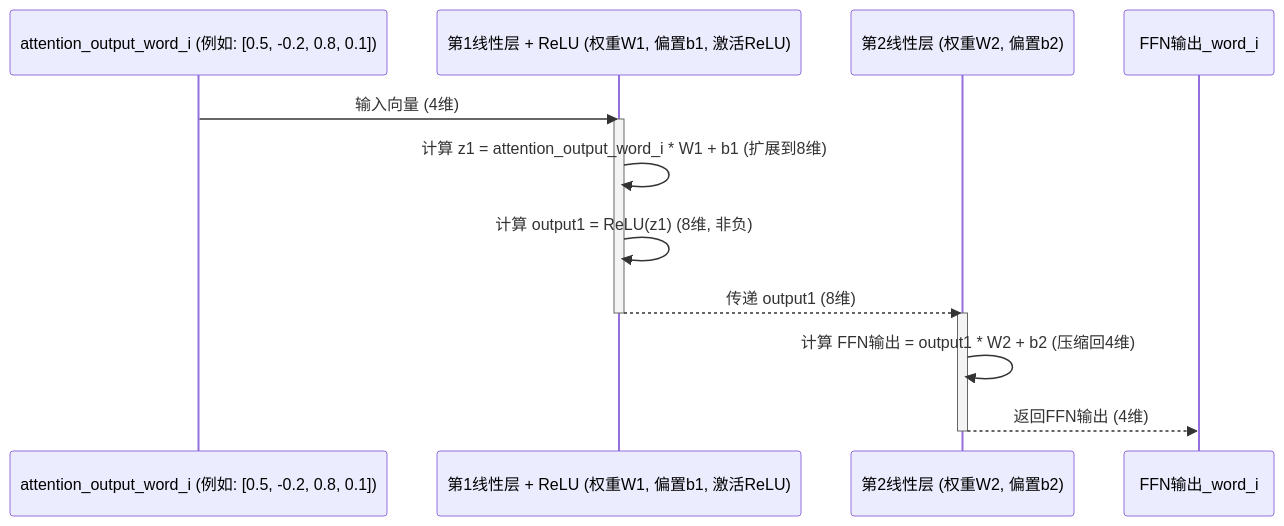
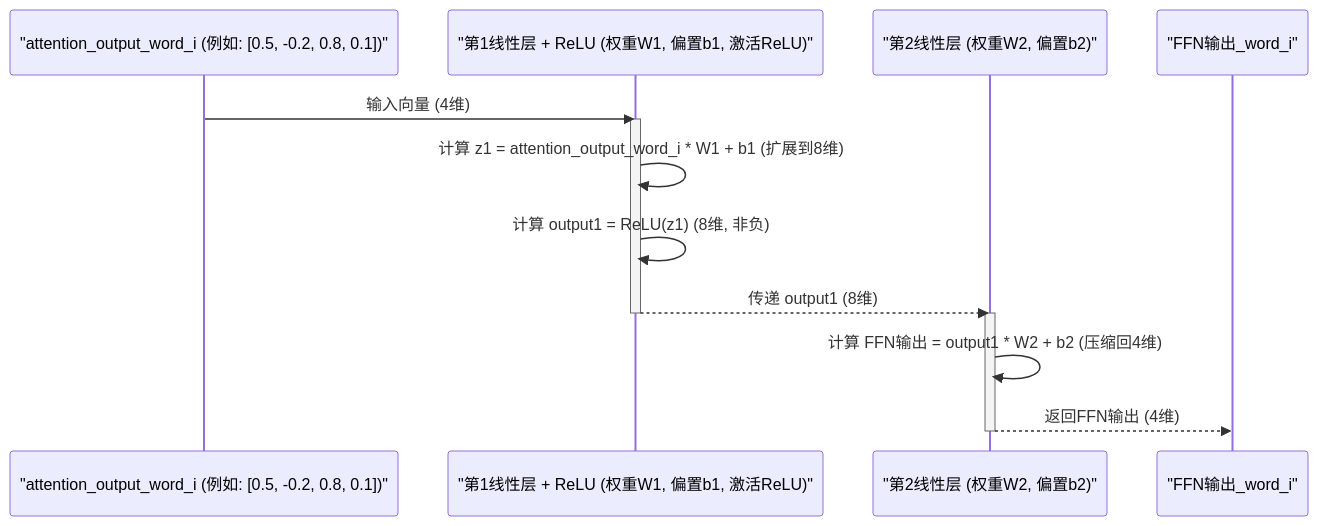
One commit to jueshi/PocketFlow-Tutorial-Codebase-Knowledge changed the third of 3 diagrams in output/Attention_Is_All_You_Need/07_按位置前馈网络_.md. Above: the diagram before and after it, drawn with Mermaid. The commit also changed other lines of this file and 282 other files, not shown here.

````diff
--- a/output/Attention_Is_All_You_Need/07_按位置前馈网络_.md
+++ b/output/Attention_Is_All_You_Need/07_按位置前馈网络_.md
@@ -79,19 +77,19 @@
 ```mermaid
 sequenceDiagram
-    participant InputVec as attention_output_word_i (例如: [0.5, -0.2, 0.8, 0.1])
-    participant Linear1_ReLU as 第1线性层 + ReLU (权重W1, 偏置b1, 激活ReLU)
-    participant Linear2 as 第2线性层 (权重W2, 偏置b2)
-    participant FFN_Output as FFN输出_word_i
+    participant InputVec as "attention_output_word_i (例如: [0.5, -0.2, 0.8, 0.1])"
+    participant Linear1_ReLU as "第1线性层 + ReLU (权重W1, 偏置b1, 激活ReLU)"
+    participant Linear2 as "第2线性层 (权重W2, 偏置b2)"
+    participant FFN_Output as "FFN输出_word_i"
 
     InputVec ->> Linear1_ReLU: 输入向量 (4维)
     activate Linear1_ReLU
     Linear1_ReLU ->> Linear1_ReLU: 计算 z1 = attention_output_word_i * W1 + b1 (扩展到8维)
     Linear1_ReLU ->> Linear1_ReLU: 计算 output1 = ReLU(z1) (8维, 非负)
     Linear1_ReLU -->> Linear2: 传递 output1 (8维)
     deactivate Linear1_ReLU
 
     activate Linear2
     Linear2 ->> Linear2: 计算 FFN输出 = output1 * W2 + b2 (压缩回4维)
     Linear2 -->> FFN_Output: 返回FFN输出 (4维)
     deactivate Linear2
 ```
````
